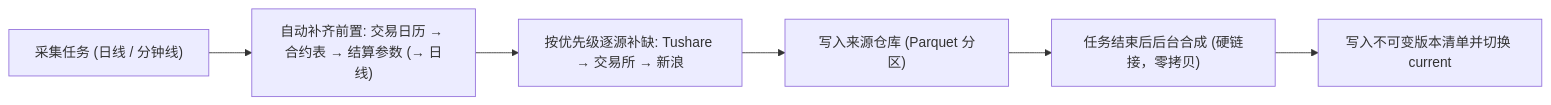
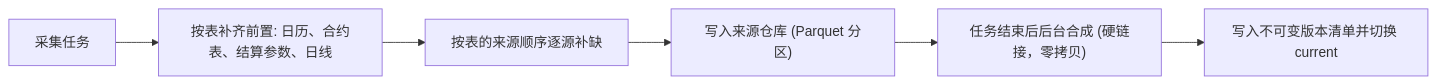
The diagram in docs/warehouse/README.md (isqiwen/asterion-terminal), drawn with Mermaid before and after one commit. The commit also changed other lines of this file and 40 other files, not shown here.

````diff
--- a/docs/warehouse/README.md
+++ b/docs/warehouse/README.md
@@ -42,8 +59,8 @@
 ```mermaid
 flowchart LR
-  Task["采集任务 (日线 / 分钟线)"] --> Prereq["自动补齐前置: 交易日历 → 合约表 → 结算参数 (→ 日线)"]
-  Prereq --> Fetch["按优先级逐源补缺: Tushare → 交易所 → 新浪"]
+  Task["采集任务"] --> Prereq["按表补齐前置: 日历、合约表、结算参数、日线"]
+  Prereq --> Fetch["按表的来源顺序逐源补缺"]
   Fetch --> Src["写入来源仓库 (Parquet 分区)"]
   Src --> Compose["任务结束后后台合成 (硬链接，零拷贝)"]
   Compose --> Publish["写入不可变版本清单并切换 current"]
 ```
````
